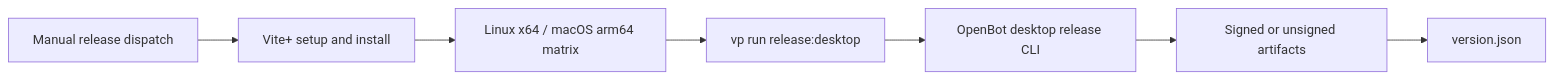
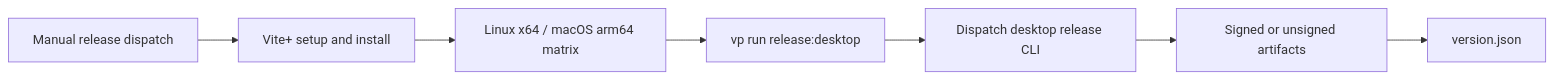
One commit to trytilde/dispatch changed the diagram in docs/updates/119.md. Above: the diagram before and after it, drawn with Mermaid. The commit also changed other lines of this file and 668 other files, not shown here.

````diff
--- a/docs/updates/119.md
+++ b/docs/updates/119.md
@@ -13,9 +13,9 @@
 ```mermaid
 flowchart LR
   D["Manual release dispatch"] --> P["Vite+ setup and install"]
   P --> M["Linux x64 / macOS arm64 matrix"]
   M --> R["vp run release:desktop"]
-  R --> C["OpenBot desktop release CLI"]
+  R --> C["Dispatch desktop release CLI"]
   C --> A["Signed or unsigned artifacts"]
   A --> V["version.json"]
 ```
````
